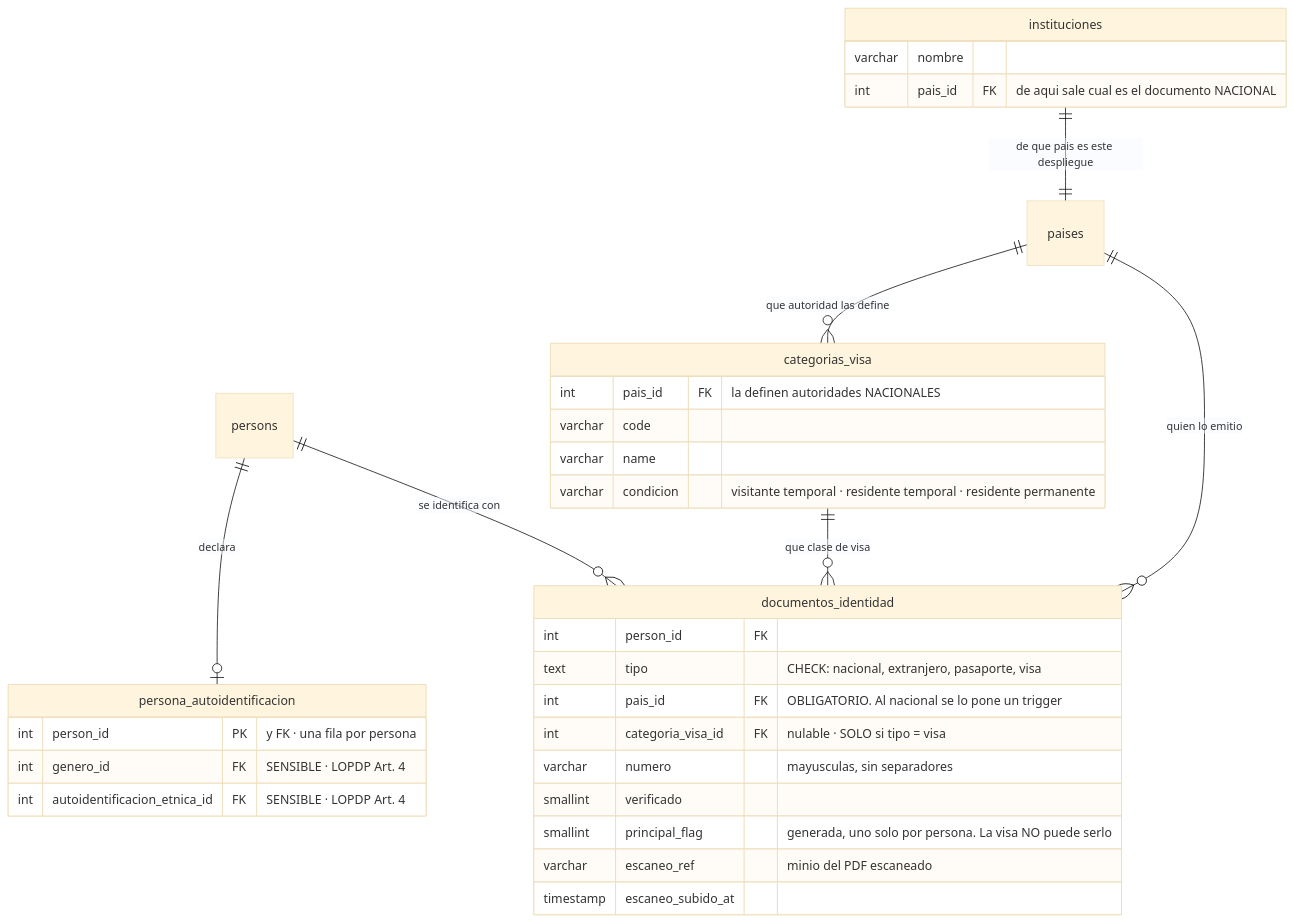
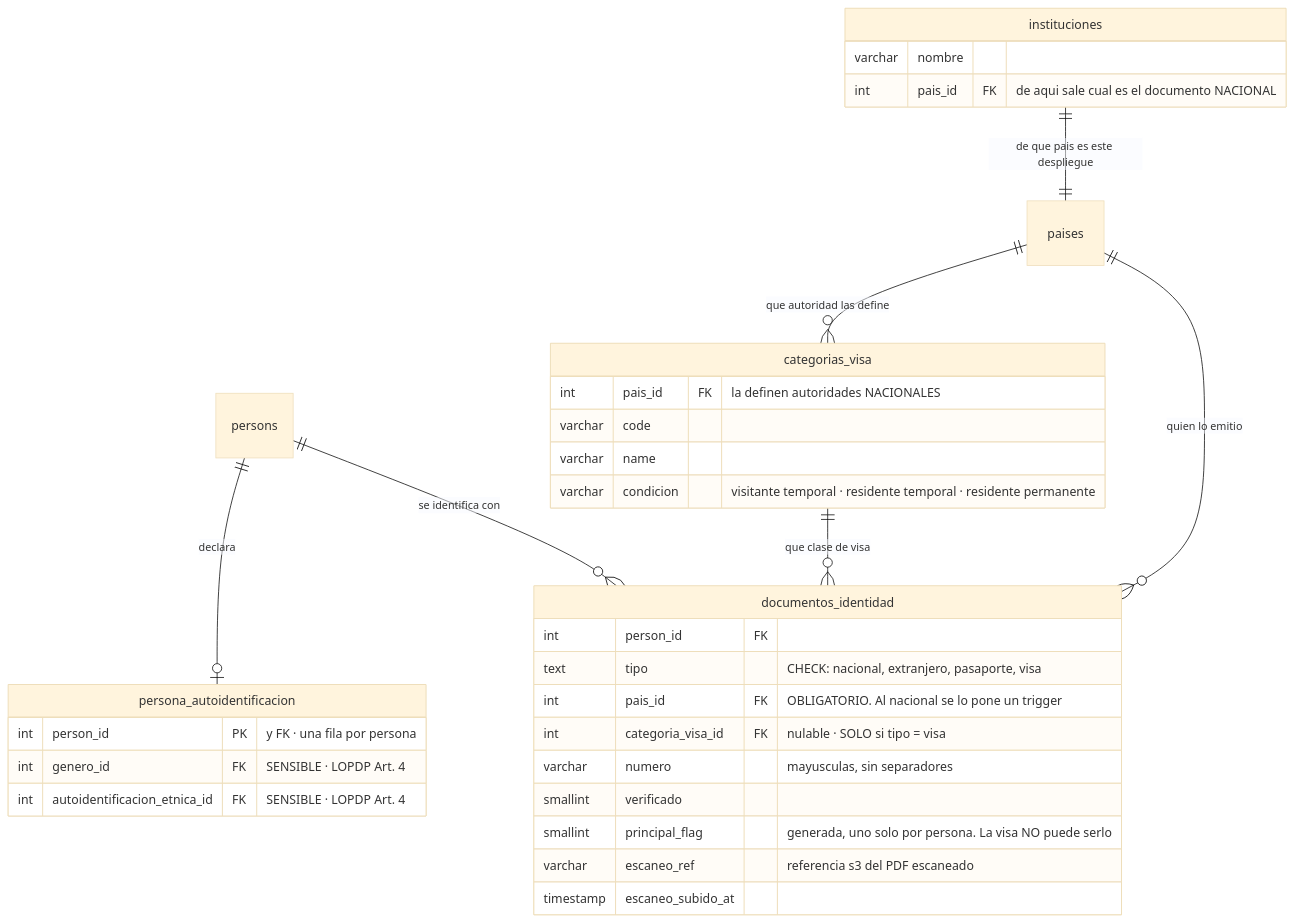
The first of 4 diagrams in docs/src/content/docs/modelo/organizacion.md (fresvel/deasy), drawn with Mermaid (base theme) before and after one commit. The commit also changed other lines of this file and 128 other files, not shown here.

````diff
--- a/docs/src/content/docs/modelo/organizacion.md
+++ b/docs/src/content/docs/modelo/organizacion.md
@@ -456,37 +456,37 @@
 ```mermaid
 erDiagram
   %% parcial: estas columnas son las que explican esto; todas estan en el mapa con campos
   persons ||--o{ documentos_identidad : "se identifica con"
   paises ||--o{ documentos_identidad : "quien lo emitio"
   categorias_visa ||--o{ documentos_identidad : "que clase de visa"
   paises ||--o{ categorias_visa : "que autoridad las define"
   instituciones ||--|| paises : "de que pais es este despliegue"
   persons ||--o| persona_autoidentificacion : "declara"
 
   persona_autoidentificacion {
     int person_id PK "y FK · una fila por persona"
     int genero_id FK "SENSIBLE · LOPDP Art. 4"
     int autoidentificacion_etnica_id FK "SENSIBLE · LOPDP Art. 4"
   }
   documentos_identidad {
     int person_id FK
     text tipo "CHECK: nacional, extranjero, pasaporte, visa"
     int pais_id FK "OBLIGATORIO. Al nacional se lo pone un trigger"
     int categoria_visa_id FK "nulable · SOLO si tipo = visa"
     varchar numero "mayusculas, sin separadores"
     smallint verificado
     smallint principal_flag "generada, uno solo por persona. La visa NO puede serlo"
-    varchar escaneo_ref "minio del PDF escaneado"
+    varchar escaneo_ref "referencia s3 del PDF escaneado"
     timestamp escaneo_subido_at
   }
   categorias_visa {
     int pais_id FK "la definen autoridades NACIONALES"
     varchar code
     varchar name
     varchar condicion "visitante temporal · residente temporal · residente permanente"
   }
   instituciones {
     varchar nombre
     int pais_id FK "de aqui sale cual es el documento NACIONAL"
   }
 ```
````
